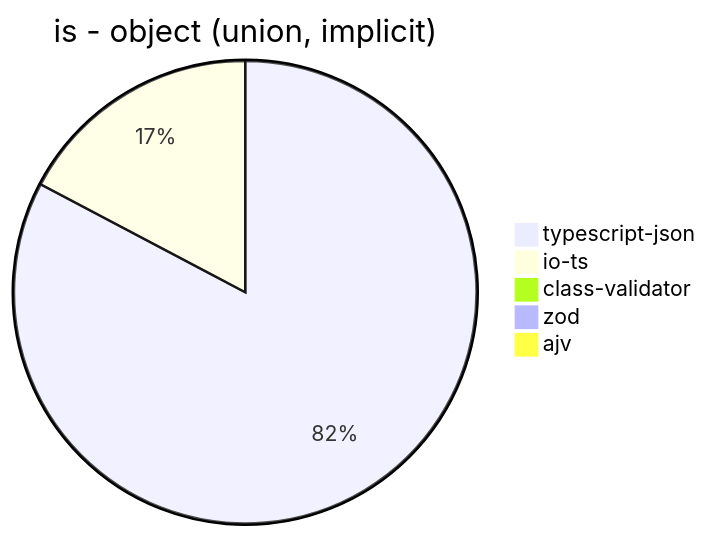
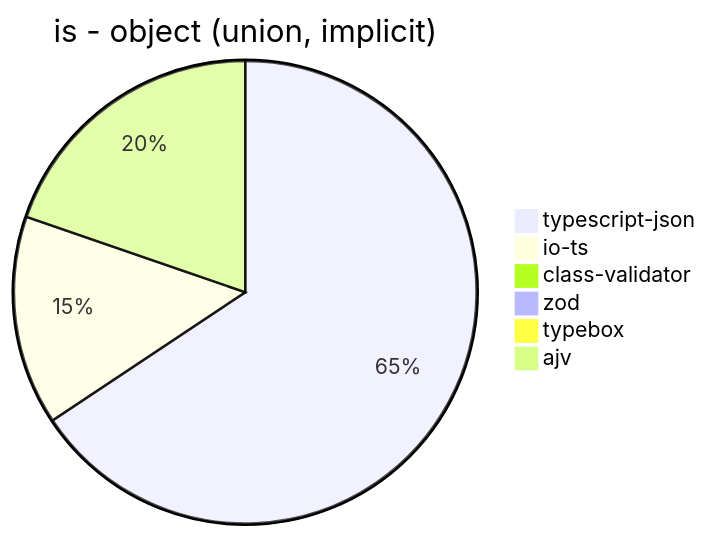
One commit to samchon/typia changed the fourth of 39 diagrams in benchmark/results/AMD Ryzen 7 5800H with Radeon Graphics.md. Above: the diagram before and after it, drawn with Mermaid. The commit also changed other lines of this file and 6 other files, not shown here.

````diff
--- a/benchmark/results/AMD Ryzen 7 5800H with Radeon Graphics.md
+++ b/benchmark/results/AMD Ryzen 7 5800H with Radeon Graphics.md
@@ -51,8 +54,9 @@
 ```mermaid
 pie title is - object (union, implicit)
-  "typescript-json": 15526.170291190563
-  "io-ts": 3241.9504932067744
-  "class-validator": 16.750720461095103
-  "zod": 54.02384500745156
-  "ajv": 0
+  "typescript-json": 14263.87154326494
+  "io-ts": 3178.1324527609613
+  "class-validator": 15.994183933115231
+  "zod": 51.989489489489486
+  "typebox": 0
+  "ajv": 4282.869260556888
 ```
````
